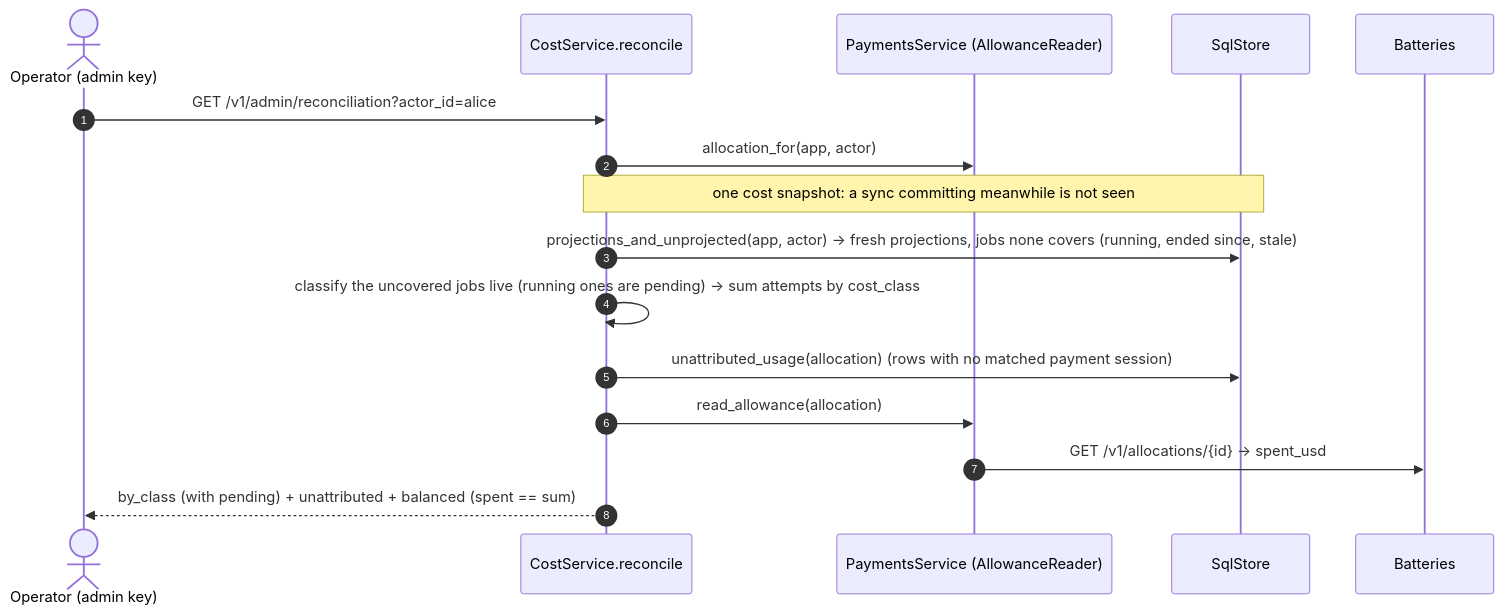
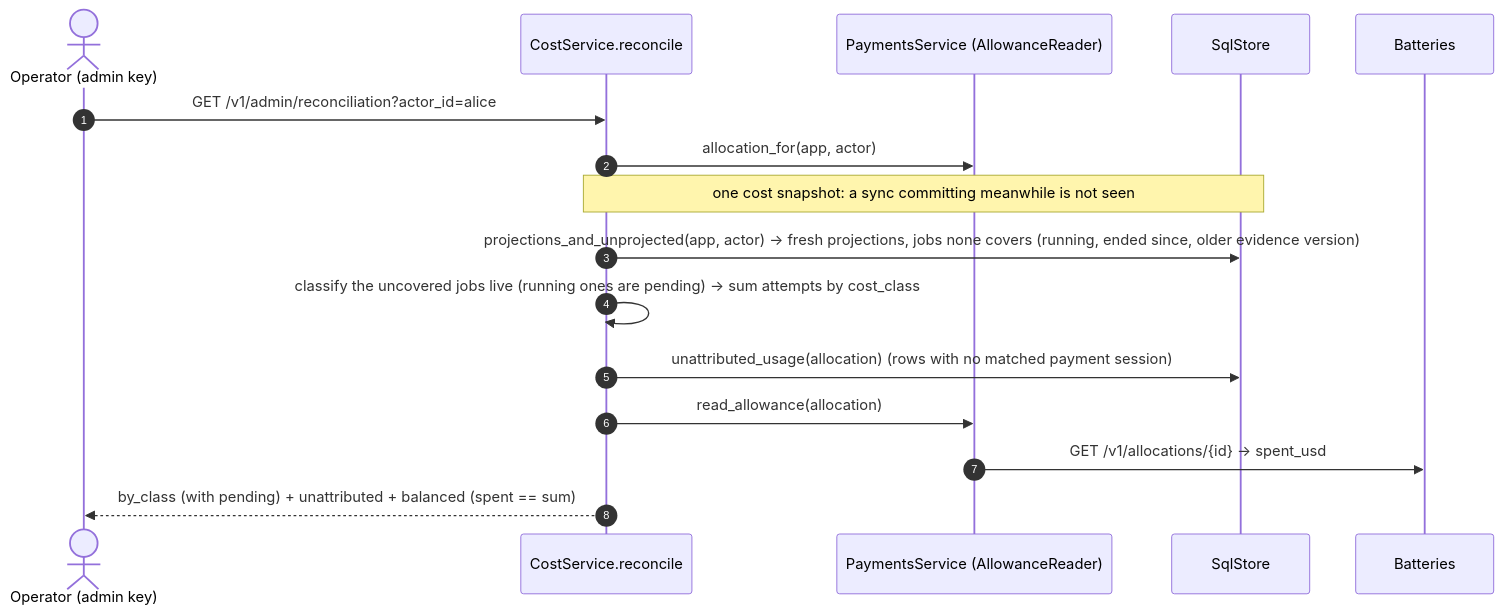
One commit to NE-Build-Track/livepeer-builder-core changed the eighth of 12 diagrams in docs/design-docs/architecture-diagrams.md. Above: the diagram before and after it, drawn with Mermaid. The commit also changed other lines of this file and 13 other files, not shown here.

First line of the commit message:
fix(cost): version each job's evidence so a concurrent sync cannot hide a fee (#43 review)

````diff
--- a/docs/design-docs/architecture-diagrams.md
+++ b/docs/design-docs/architecture-diagrams.md
@@ -267,18 +268,18 @@
 ```mermaid
 sequenceDiagram
     autonumber
     actor Op as Operator (admin key)
     participant C as CostService.reconcile
     participant Pay as PaymentsService (AllowanceReader)
     participant DB as SqlStore
     participant Bat as Batteries
     Op->>C: GET /v1/admin/reconciliation?actor_id=alice
     C->>Pay: allocation_for(app, actor)
     Note over C,DB: one cost snapshot: a sync committing meanwhile is not seen
-    C->>DB: projections_and_unprojected(app, actor) → fresh projections, jobs none covers (running, ended since, stale)
+    C->>DB: projections_and_unprojected(app, actor) → fresh projections, jobs none covers (running, ended since, older evidence version)
     C->>C: classify the uncovered jobs live (running ones are pending) → sum attempts by cost_class
     C->>DB: unattributed_usage(allocation) (rows with no matched payment session)
     C->>Pay: read_allowance(allocation)
     Pay->>Bat: GET /v1/allocations/{id} → spent_usd
     C-->>Op: by_class (with pending) + unattributed + balanced (spent == sum)
 ```
````
